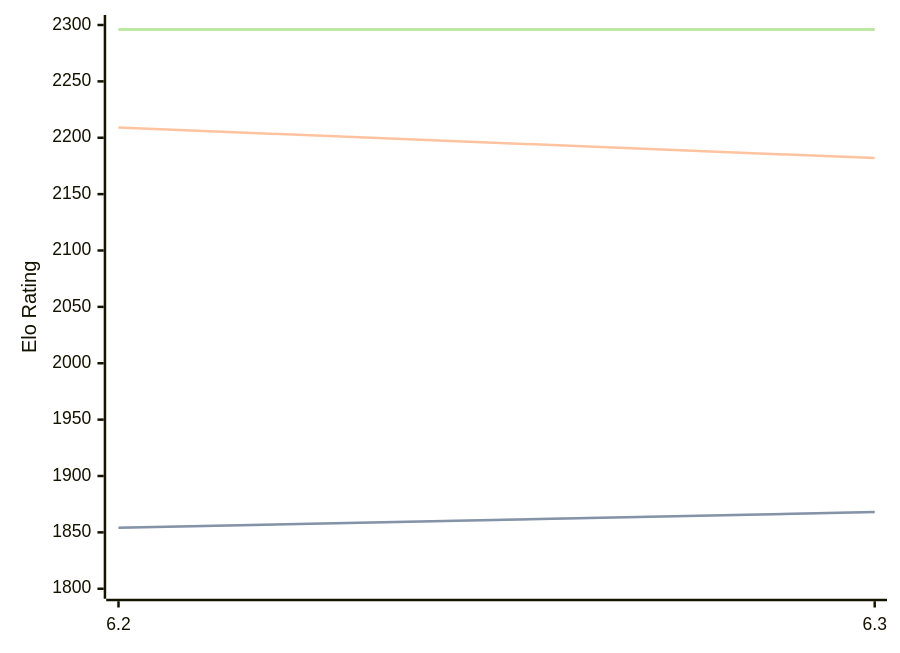
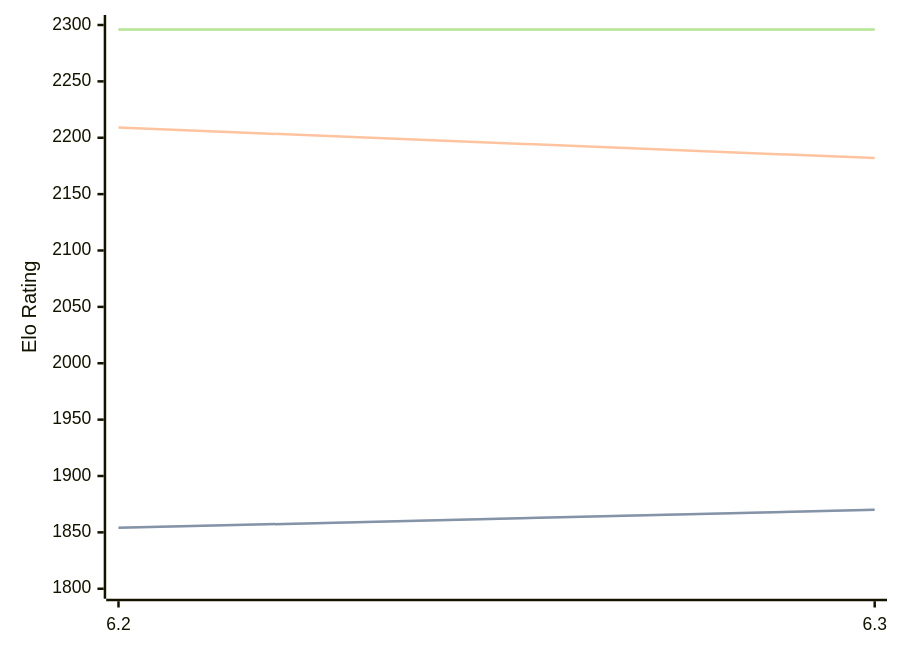
One commit to computer-chess-index/cci changed the diagram in engines/chess4j.md. Above: the diagram before and after it, drawn with Mermaid. The commit also changed other lines of this file, not shown here.

````diff
--- a/engines/chess4j.md
+++ b/engines/chess4j.md
@@ -32,11 +32,11 @@
 ```mermaid
 %%{init: {"theme":"base","themeVariables":{"seriesColors:['#a3a3a3','#222221','#faa371']}}}%%
 xychart-beta
   x-axis ["6.2", "6.3"]
   y-axis "Elo Rating" 1800 --> 2300
-  line "" [1854, 1868]
-  line "STC (8.0+0.08s)" [1854, 1868]
+  line "" [1854, 1870]
+  line "STC (8.0+0.08s)" [1854, 1870]
   line "LTC (60.0+0.60s)" [2209, 2182]
   line "" [2296, 2296]
   line "VLTC (2m24s+1.12s)" [2296, 2296]
 ```
````
